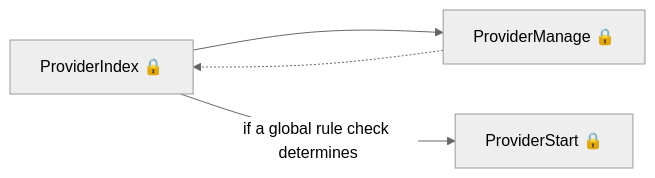
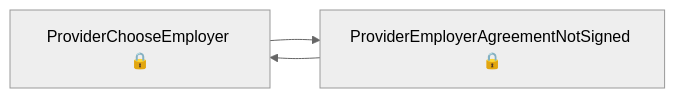
The third of 6 diagrams in das-reservations/user-journeys/user-journeys.md (talentconsulting/atlas-dfe), drawn with Mermaid (neutral theme) before and after one commit. The commit also changed other lines of this file and 22 other files, not shown here.

````diff
--- a/das-reservations/user-journeys/user-journeys.md
+++ b/das-reservations/user-journeys/user-journeys.md
@@ -35,6 +32,5 @@
 ```mermaid
 flowchart LR
-  p0["ProviderIndex 🔒"] --> p1["ProviderManage 🔒"]
-  p1["ProviderManage 🔒"] -.-> p0["ProviderIndex 🔒"]
-  p0["ProviderIndex 🔒"] -->|"if a global rule check determines"| p2["ProviderStart 🔒"]
+  p0["ProviderChooseEmployer 🔒"] --> p1["ProviderEmployerAgreementNotSigned 🔒"]
+  p1["ProviderEmployerAgreementNotSigned 🔒"] --> p0["ProviderChooseEmployer 🔒"]
 ```
````
